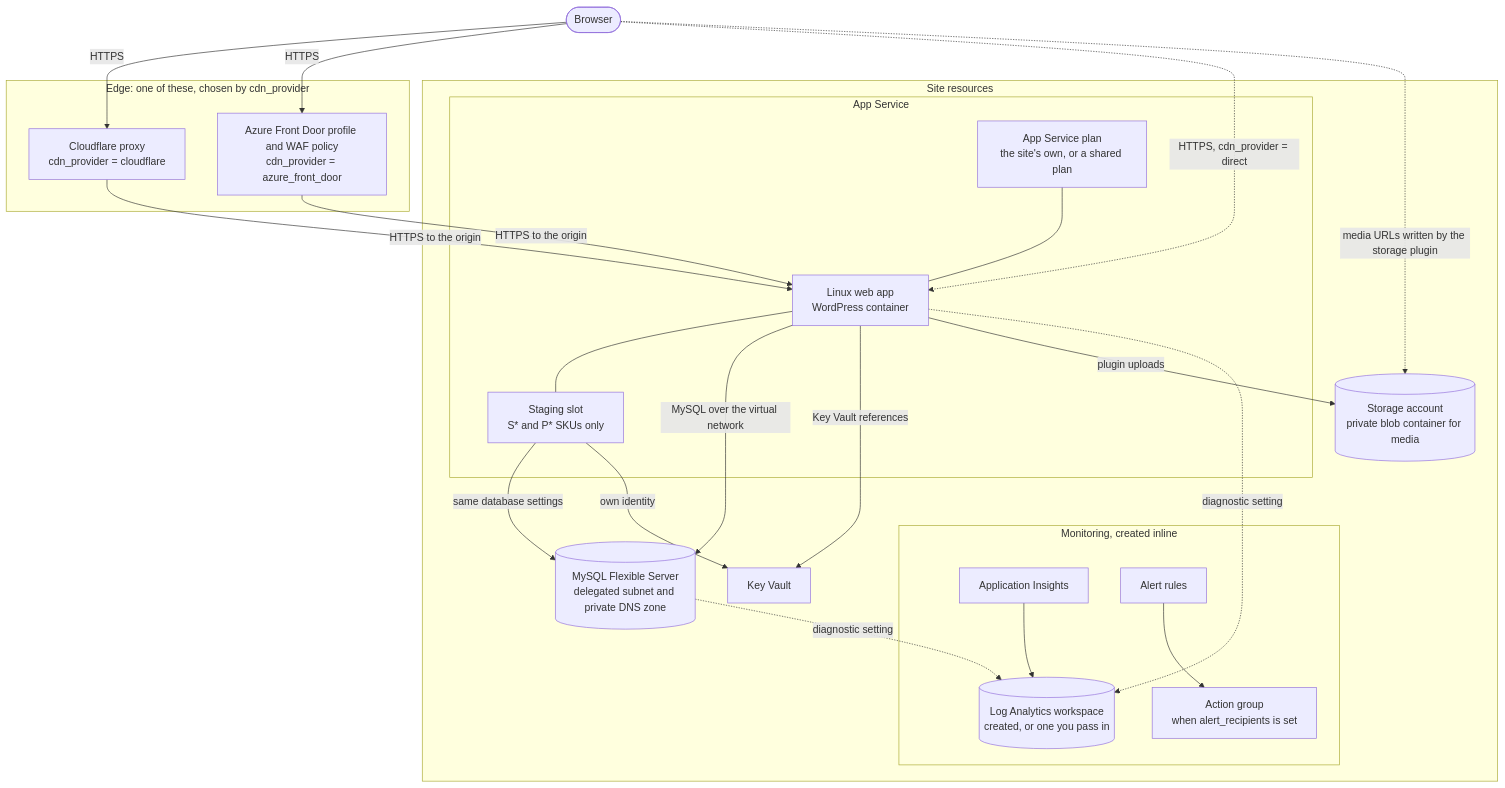
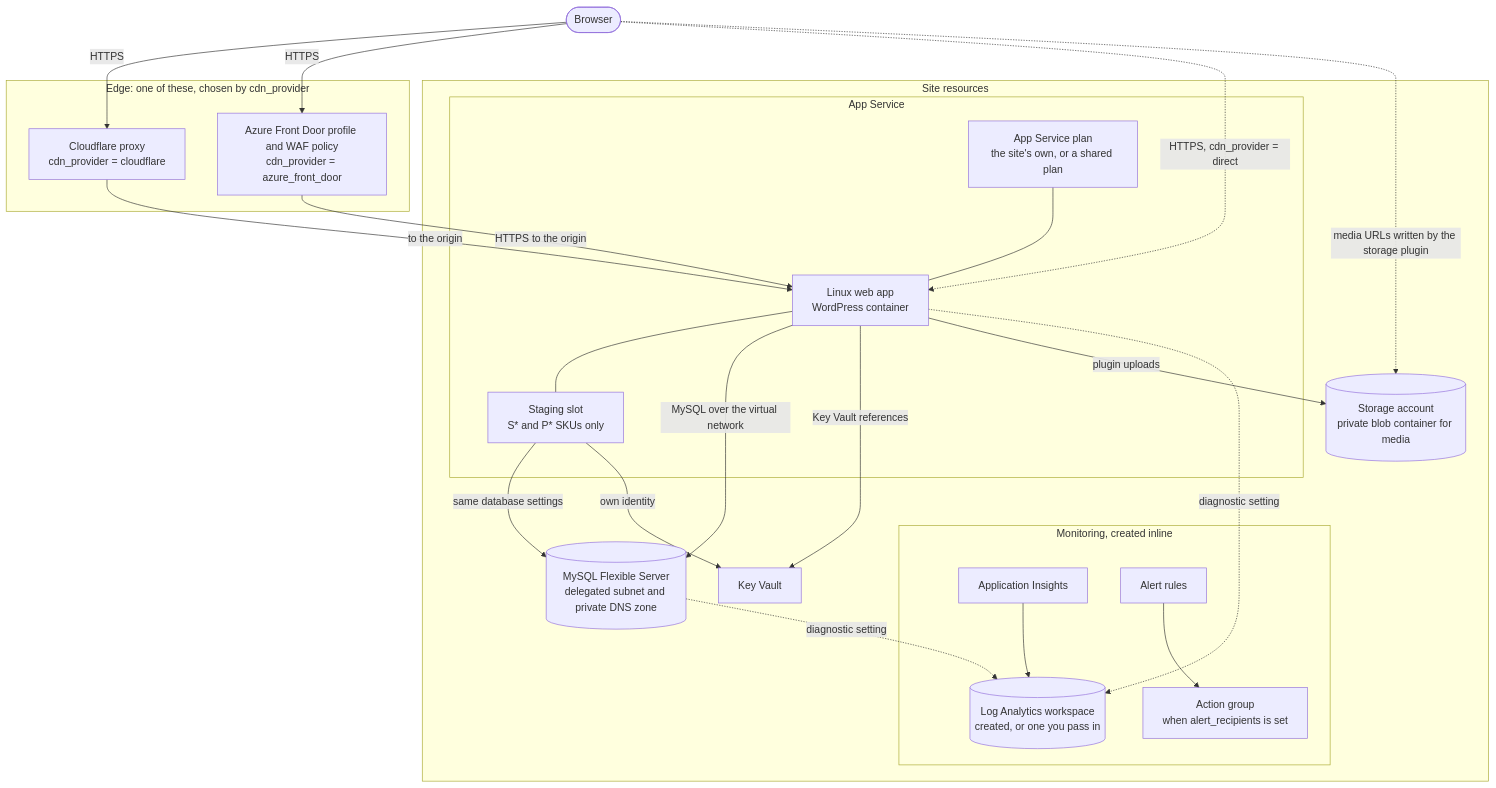
One commit to agenticcodingops/azure-wordpress changed the first of 7 diagrams in docs/architecture.md. Above: the diagram before and after it, drawn with Mermaid. The commit also changed other lines of this file and 3 other files, not shown here.

First line of the commit message:
docs: correct architecture details found in an independent check

````diff
--- a/docs/architecture.md
+++ b/docs/architecture.md
@@ -46,44 +46,44 @@
 ```mermaid
 flowchart TB
     browser(["Browser"])
 
     subgraph edge["Edge: one of these, chosen by cdn_provider"]
         cf["Cloudflare proxy<br/>cdn_provider = cloudflare"]
         afd["Azure Front Door profile and WAF policy<br/>cdn_provider = azure_front_door"]
     end
 
     subgraph site["Site resources"]
         subgraph web["App Service"]
             plan["App Service plan<br/>the site's own, or a shared plan"]
             app["Linux web app<br/>WordPress container"]
             slot["Staging slot<br/>S* and P* SKUs only"]
         end
         mysql[("MySQL Flexible Server<br/>delegated subnet and private DNS zone")]
         kv["Key Vault"]
         st[("Storage account<br/>private blob container for media")]
         subgraph mon["Monitoring, created inline"]
             law[("Log Analytics workspace<br/>created, or one you pass in")]
             appi["Application Insights"]
             alerts["Alert rules"]
             ag["Action group<br/>when alert_recipients is set"]
         end
     end
 
     browser -->|"HTTPS"| cf
     browser -->|"HTTPS"| afd
     browser -.->|"HTTPS, cdn_provider = direct"| app
-    cf -->|"HTTPS to the origin"| app
+    cf -->|"to the origin"| app
     afd -->|"HTTPS to the origin"| app
     browser -.->|"media URLs written by the storage plugin"| st
     plan --- app
     app --- slot
     app -->|"MySQL over the virtual network"| mysql
     app -->|"Key Vault references"| kv
     app -->|"plugin uploads"| st
     slot -->|"same database settings"| mysql
     slot -->|"own identity"| kv
     appi --> law
     app -.->|"diagnostic setting"| law
     mysql -.->|"diagnostic setting"| law
     alerts --> ag
 ```
````
